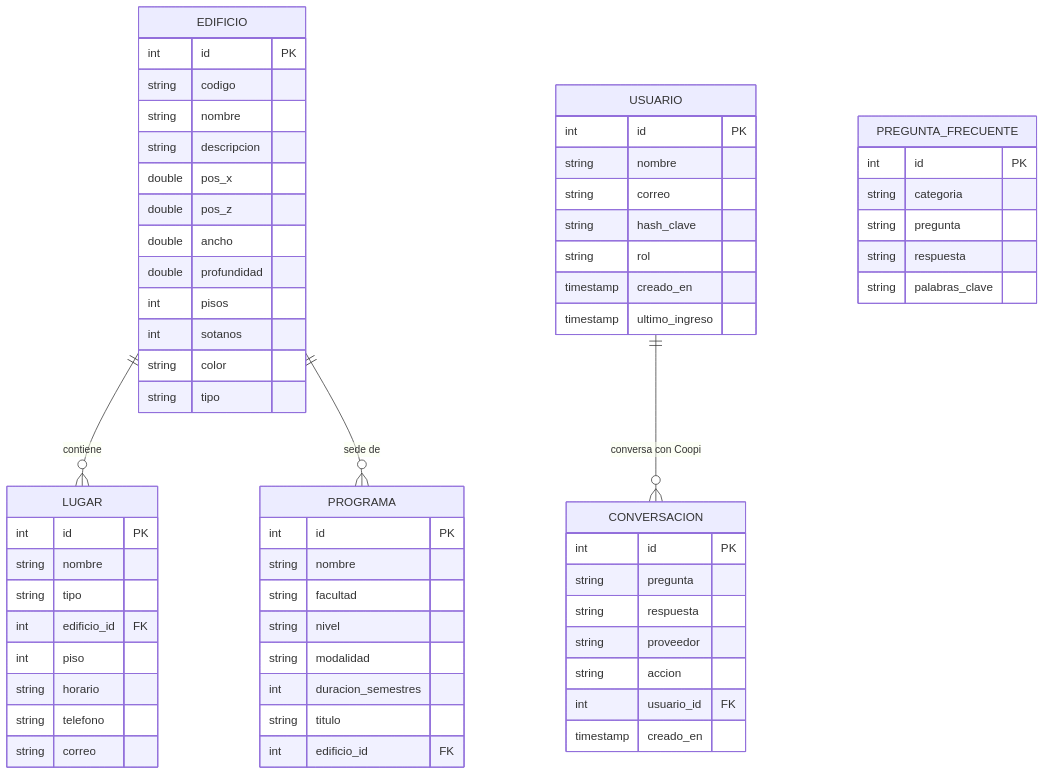
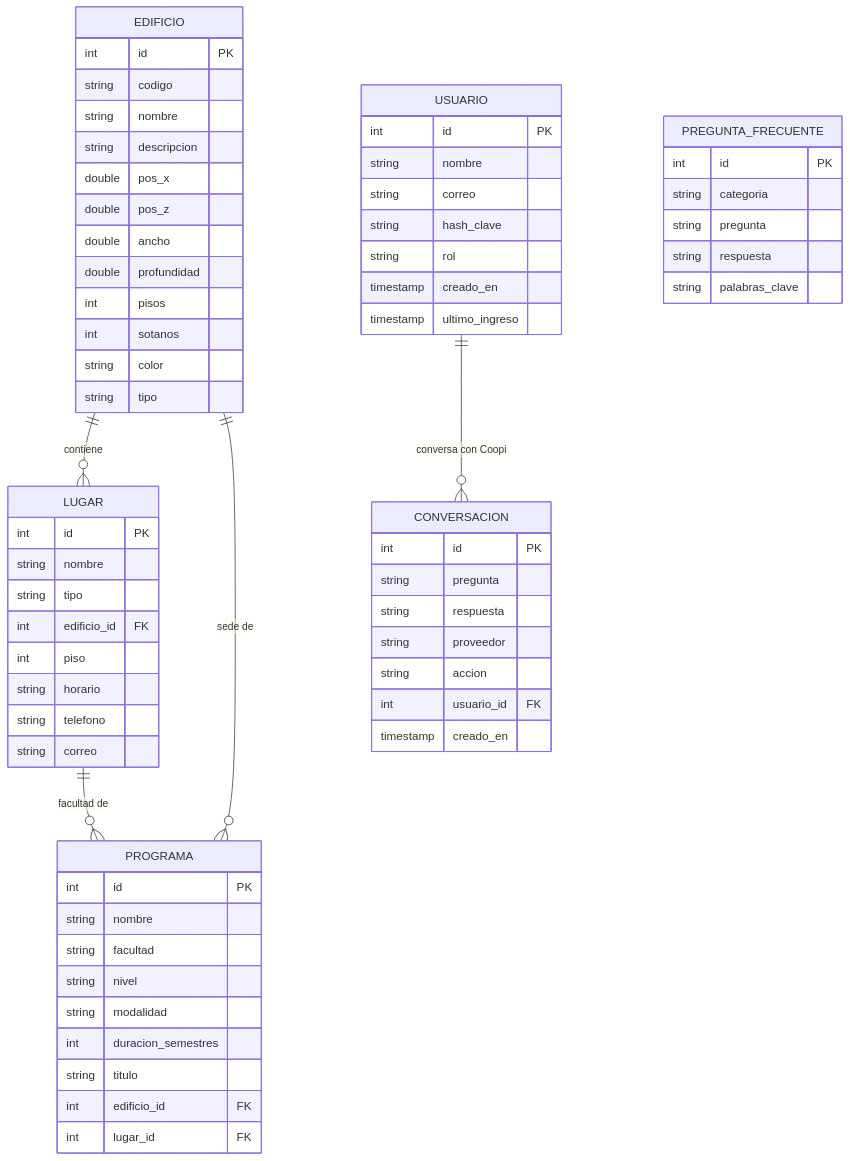
One commit to laurameza7/BASE-DATOS-3D- changed the diagram in diagrama/modelo-er.md. Above: the diagram before and after it, drawn with Mermaid. The commit also changed 2 other files, not shown here.

Commit message:
Base de datos: espacios de los bloques A y B registrados en video y facultad de cada programa

````diff
--- a/diagrama/modelo-er.md
+++ b/diagrama/modelo-er.md
@@ -3,65 +3,67 @@
 ```mermaid
 erDiagram
     EDIFICIO ||--o{ LUGAR : contiene
     EDIFICIO ||--o{ PROGRAMA : "sede de"
+    LUGAR ||--o{ PROGRAMA : "facultad de"
     USUARIO ||--o{ CONVERSACION : "conversa con Coopi"
     EDIFICIO {
         int id PK
         string codigo
         string nombre
         string descripcion
         double pos_x
         double pos_z
         double ancho
         double profundidad
         int pisos
         int sotanos
         string color
         string tipo
     }
     LUGAR {
         int id PK
         string nombre
         string tipo
         int edificio_id FK
         int piso
         string horario
         string telefono
         string correo
     }
     PROGRAMA {
         int id PK
         string nombre
         string facultad
         string nivel
         string modalidad
         int duracion_semestres
         string titulo
         int edificio_id FK
+        int lugar_id FK
     }
     PREGUNTA_FRECUENTE {
         int id PK
         string categoria
         string pregunta
         string respuesta
         string palabras_clave
     }
     USUARIO {
         int id PK
         string nombre
         string correo
         string hash_clave
         string rol
         timestamp creado_en
         timestamp ultimo_ingreso
     }
     CONVERSACION {
         int id PK
         string pregunta
         string respuesta
         string proveedor
         string accion
         int usuario_id FK
         timestamp creado_en
     }
 ```
````
